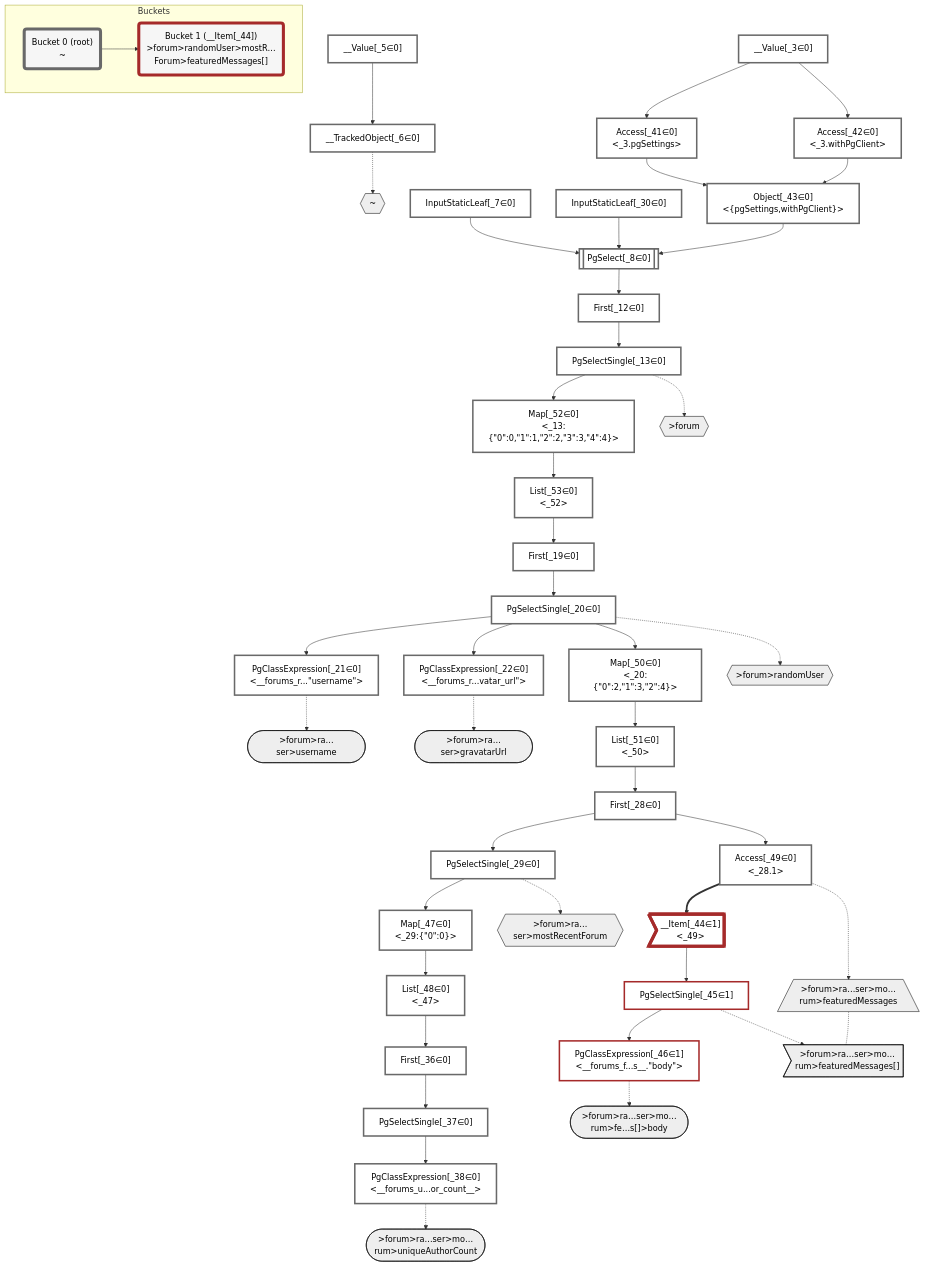
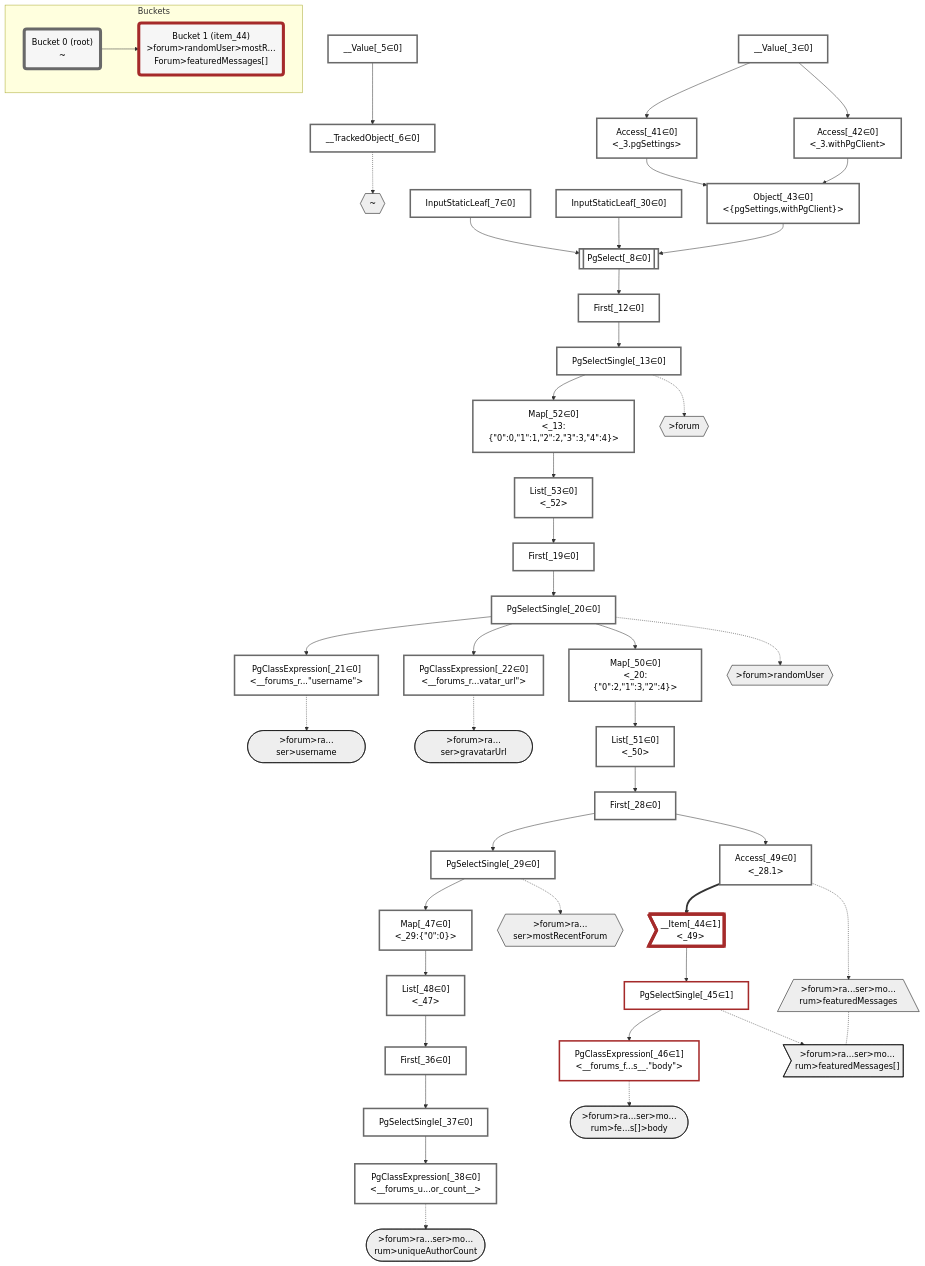
The diagram in packages/dataplan-pg/__tests__/queries/functions/computed-column-combined.mermaid.md (graphile/crystal), drawn with Mermaid before and after one commit. The commit also changed 159 other files, not shown here.

```diff
--- a/packages/dataplan-pg/__tests__/queries/functions/computed-column-combined.mermaid.md
+++ b/packages/dataplan-pg/__tests__/queries/functions/computed-column-combined.mermaid.md
@@ -112,7 +112,7 @@
     subgraph Buckets
     Bucket0("Bucket 0 (root)<br />~"):::bucket
     style Bucket0 stroke:#696969
-    Bucket1("Bucket 1 (__Item[_44])<br />>forum>randomUser>mostR…Forum>featuredMessages[]"):::bucket
+    Bucket1("Bucket 1 (item_44)<br />>forum>randomUser>mostR…Forum>featuredMessages[]"):::bucket
     style Bucket1 stroke:#a52a2a
     Bucket0 --> Bucket1
     end
```
